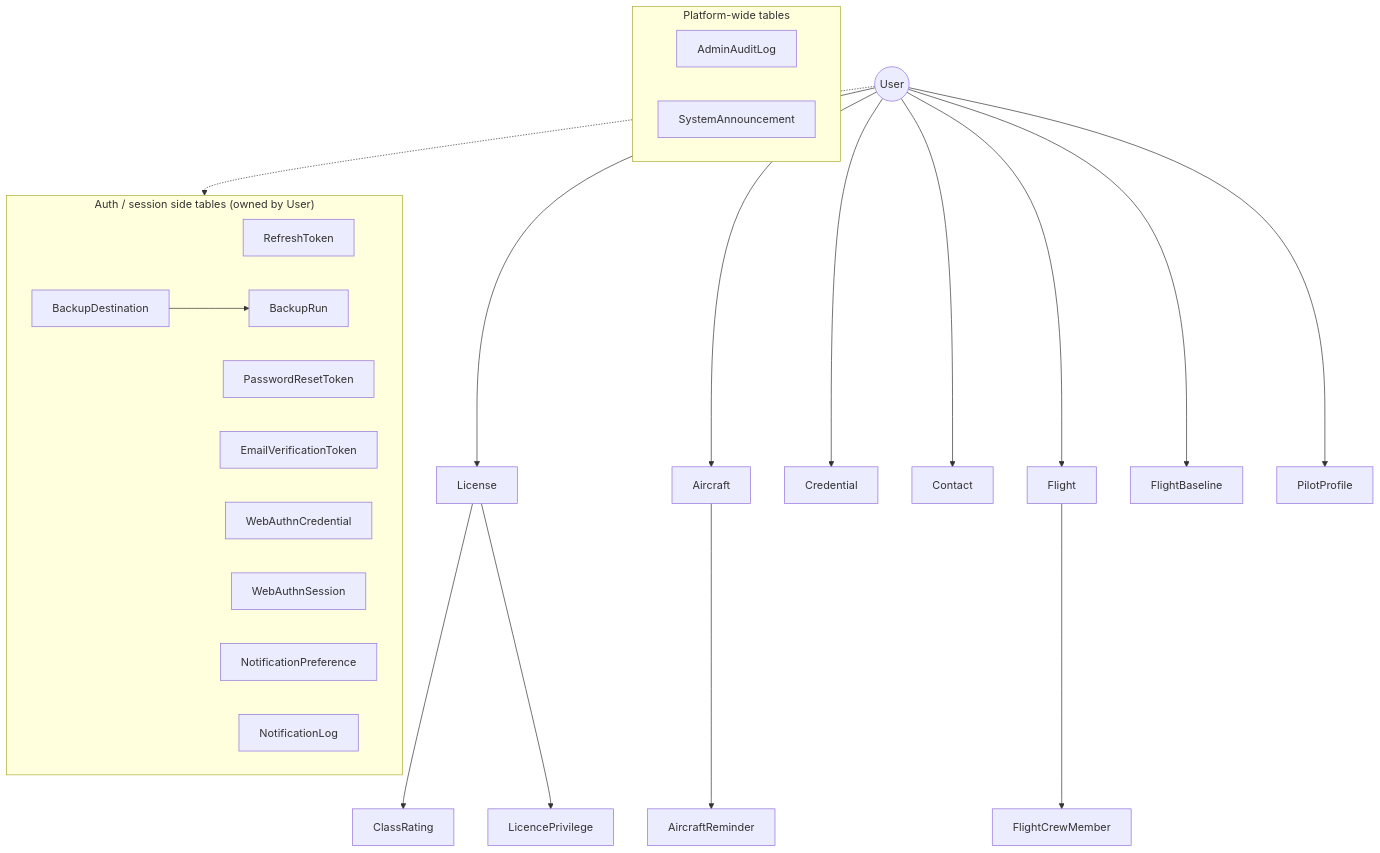
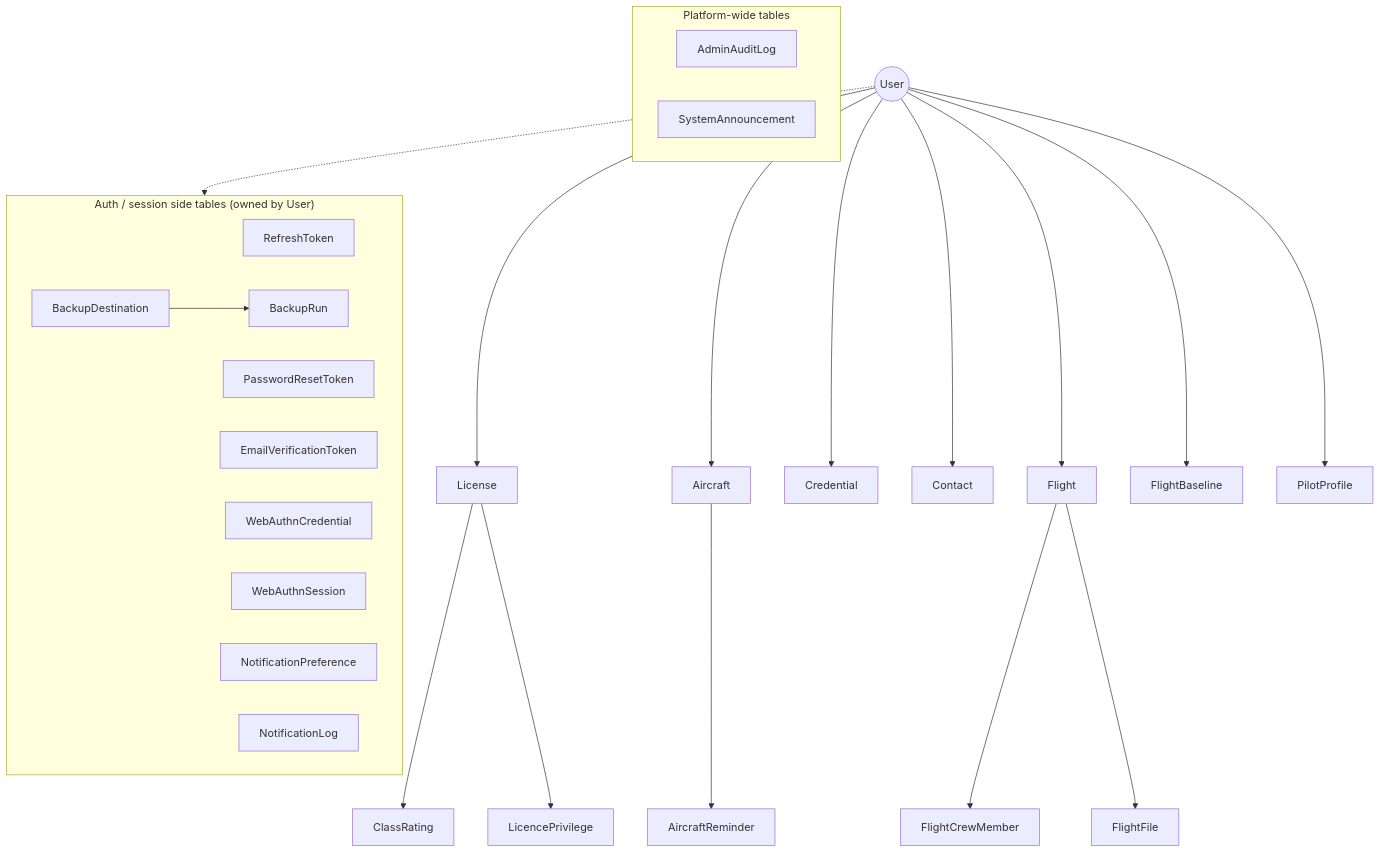
Before and after one commit to fjaeckel/ninerlog-api: the diagram in docs/DATA_MODEL.md, drawn with Mermaid. The commit also changed other lines of this file and 45 other files, not shown here.

````diff
--- a/docs/DATA_MODEL.md
+++ b/docs/DATA_MODEL.md
@@ -13,35 +13,36 @@
 ```mermaid
 flowchart TD
     User((User))
     User --> License
     User --> Aircraft
     Aircraft --> AircraftReminder
     User --> Credential
     User --> Contact
     User --> Flight
     User --> FlightBaseline
     User --> PilotProfile
     License --> ClassRating
     License --> LicencePrivilege
     Flight --> FlightCrewMember
+    Flight --> FlightFile
 
     subgraph auth["Auth / session side tables (owned by User)"]
         direction LR
         RefreshToken
         PasswordResetToken
         EmailVerificationToken
         WebAuthnCredential
         WebAuthnSession
         NotificationPreference
         NotificationLog
         BackupDestination --> BackupRun
     end
 
     subgraph platform["Platform-wide tables"]
         direction LR
         AdminAuditLog
         SystemAnnouncement
     end
 
     User -.-> auth
 ```
````
